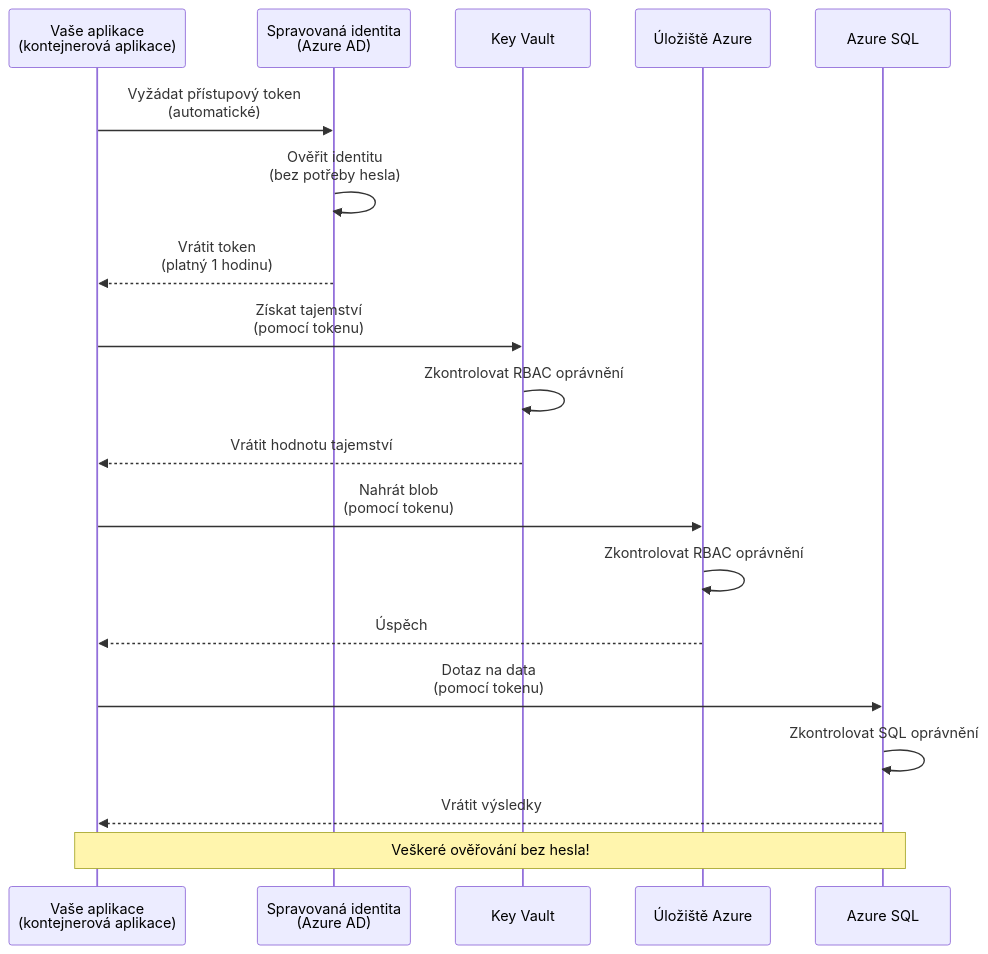
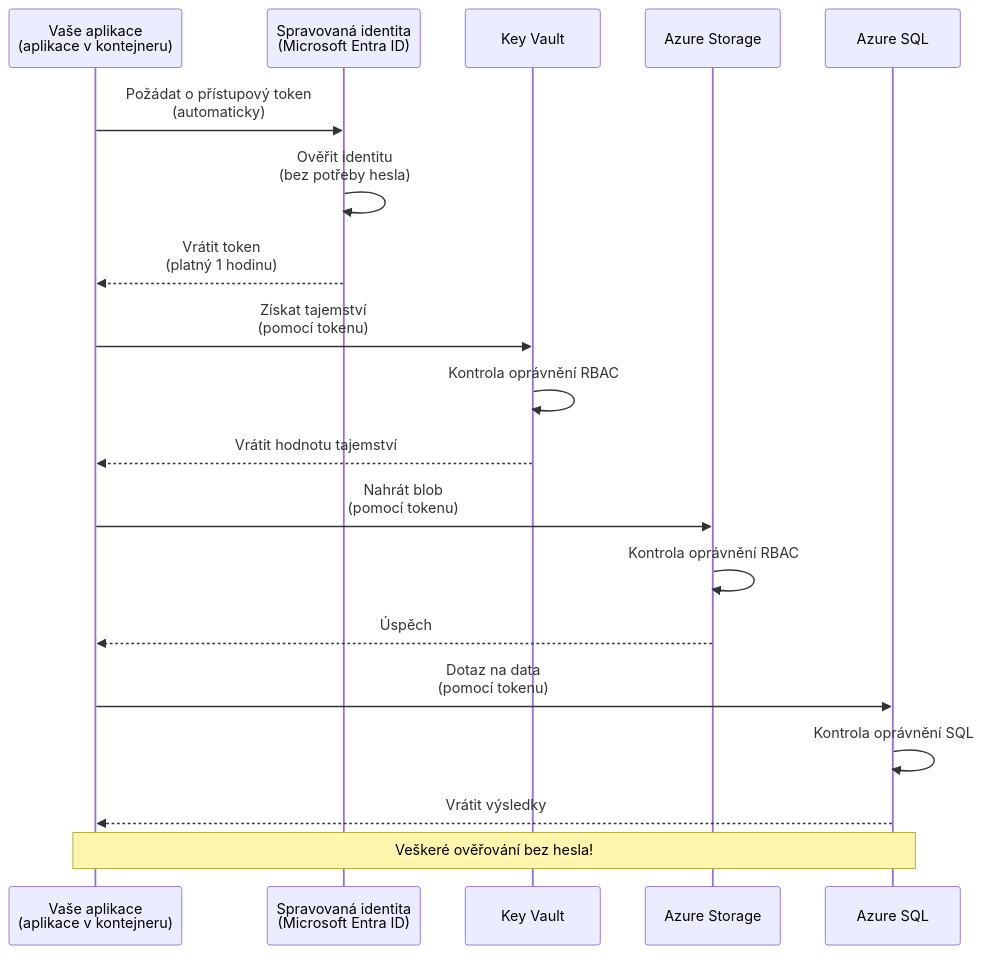
One commit to microsoft/AZD-for-beginners changed the first of 2 diagrams in translations/cs/docs/chapter-03-configuration/authsecurity.md. Above: the diagram before and after it, drawn with Mermaid. The commit also changed other lines of this file and 104 other files, not shown here.

````diff
--- a/translations/cs/docs/chapter-03-configuration/authsecurity.md
+++ b/translations/cs/docs/chapter-03-configuration/authsecurity.md
@@ -69,26 +69,26 @@
 ```mermaid
 sequenceDiagram
-    participant App as Vaše aplikace<br/>(kontejnerová aplikace)
-    participant MI as Spravovaná identita<br/>(Azure AD)
+    participant App as Vaše aplikace<br/>(aplikace v kontejneru)
+    participant MI as Spravovaná identita<br/>(Microsoft Entra ID)
     participant KV as Key Vault
-    participant Storage as Úložiště Azure
+    participant Storage as Azure Storage
     participant DB as Azure SQL
     
-    App->>MI: Vyžádat přístupový token<br/>(automatické)
+    App->>MI: Požádat o přístupový token<br/>(automaticky)
     MI->>MI: Ověřit identitu<br/>(bez potřeby hesla)
     MI-->>App: Vrátit token<br/>(platný 1 hodinu)
     
     App->>KV: Získat tajemství<br/>(pomocí tokenu)
-    KV->>KV: Zkontrolovat RBAC oprávnění
+    KV->>KV: Kontrola oprávnění RBAC
     KV-->>App: Vrátit hodnotu tajemství
     
     App->>Storage: Nahrát blob<br/>(pomocí tokenu)
-    Storage->>Storage: Zkontrolovat RBAC oprávnění
+    Storage->>Storage: Kontrola oprávnění RBAC
     Storage-->>App: Úspěch
     
     App->>DB: Dotaz na data<br/>(pomocí tokenu)
-    DB->>DB: Zkontrolovat SQL oprávnění
+    DB->>DB: Kontrola oprávnění SQL
     DB-->>App: Vrátit výsledky
     
     Note over App,DB: Veškeré ověřování bez hesla!
 ```
````
